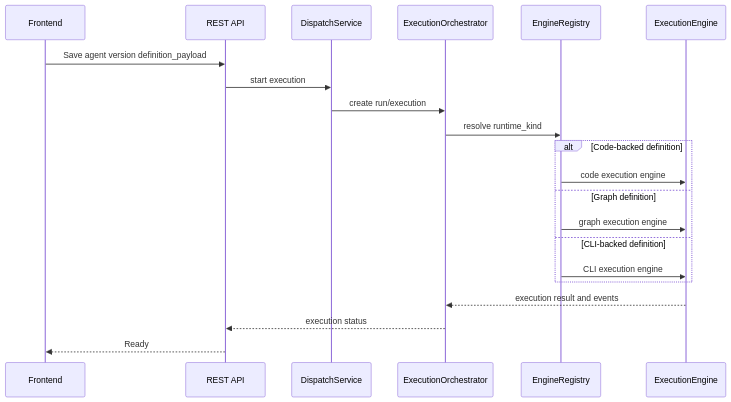
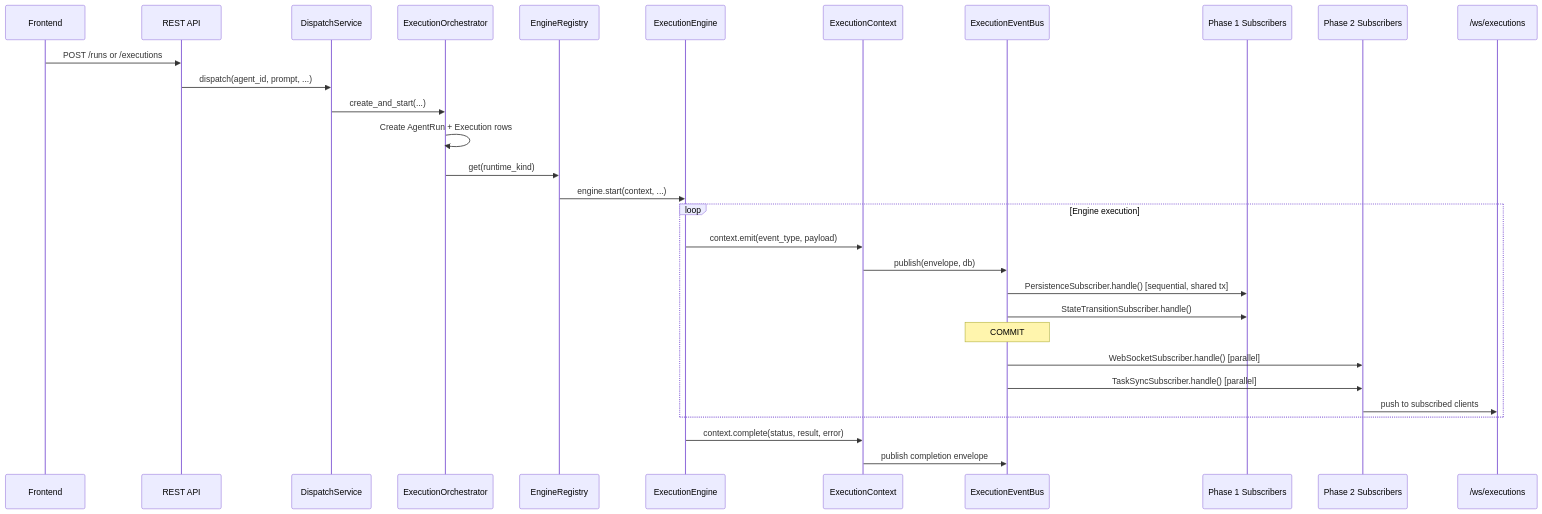
Before and after one commit to jd-opensource/JoySafeter: the second of 3 diagrams in docs/ARCHITECTURE.md, drawn with Mermaid. The commit also changed other lines of this file and 6 other files, not shown here.

Commit message:
docs: document architecture hardening, unified error contract, state machine centralization, and OTel-backed observation tracking

````diff
--- a/docs/ARCHITECTURE.md
+++ b/docs/ARCHITECTURE.md
@@ -262,26 +340,35 @@
 ```mermaid
 sequenceDiagram
-    participant Frontend as Frontend
+    participant FE as Frontend
     participant API as REST API
-    participant Dispatch as DispatchService
-    participant Orchestrator as ExecutionOrchestrator
-    participant Registry as EngineRegistry
-    participant Engine as ExecutionEngine
+    participant DS as DispatchService
+    participant EO as ExecutionOrchestrator
+    participant ER as EngineRegistry
+    participant ENG as ExecutionEngine
+    participant CTX as ExecutionContext
+    participant BUS as ExecutionEventBus
+    participant P1 as Phase 1 Subscribers
+    participant P2 as Phase 2 Subscribers
+    participant WS as /ws/executions
 
-    Frontend->>API: Save agent version definition_payload
-    API->>Dispatch: start execution
-    Dispatch->>Orchestrator: create run/execution
-    Orchestrator->>Registry: resolve runtime_kind
+    FE->>API: POST /runs or /executions
+    API->>DS: dispatch(agent_id, prompt, ...)
+    DS->>EO: create_and_start(...)
+    EO->>EO: Create AgentRun + Execution rows
+    EO->>ER: get(runtime_kind)
+    ER->>ENG: engine.start(context, ...)
 
-    alt Code-backed definition
-        Registry->>Engine: code execution engine
-    else Graph definition
-        Registry->>Engine: graph execution engine
-    else CLI-backed definition
-        Registry->>Engine: CLI execution engine
+    loop Engine execution
+        ENG->>CTX: context.emit(event_type, payload)
+        CTX->>BUS: publish(envelope, db)
+        BUS->>P1: PersistenceSubscriber.handle() [sequential, shared tx]
+        BUS->>P1: StateTransitionSubscriber.handle()
+        Note over BUS: COMMIT
+        BUS->>P2: WebSocketSubscriber.handle() [parallel]
+        BUS->>P2: TaskSyncSubscriber.handle() [parallel]
+        P2->>WS: push to subscribed clients
     end
 
-    Engine-->>Orchestrator: execution result and events
-    Orchestrator-->>API: execution status
-    API-->>Frontend: Ready
+    ENG->>CTX: context.complete(status, result, error)
+    CTX->>BUS: publish completion envelope
 ```
````
